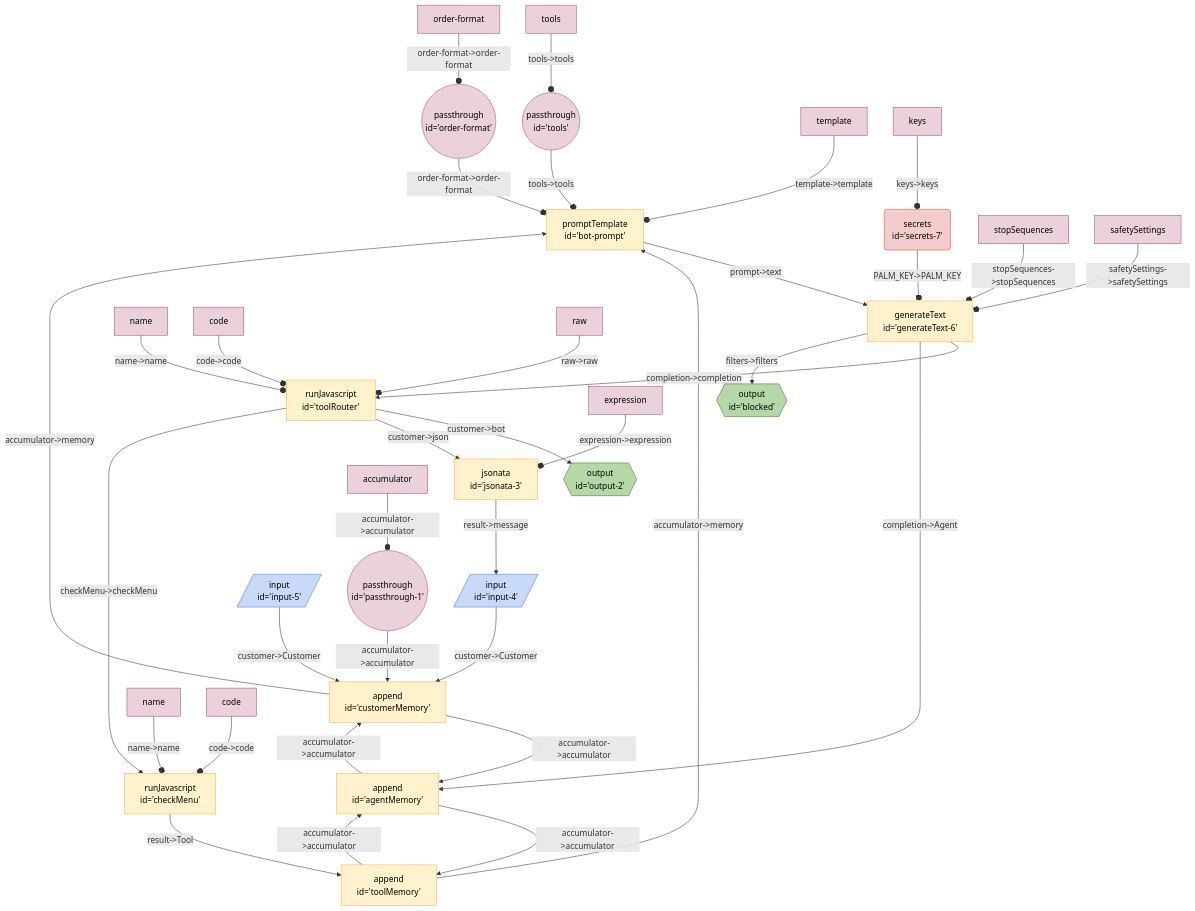
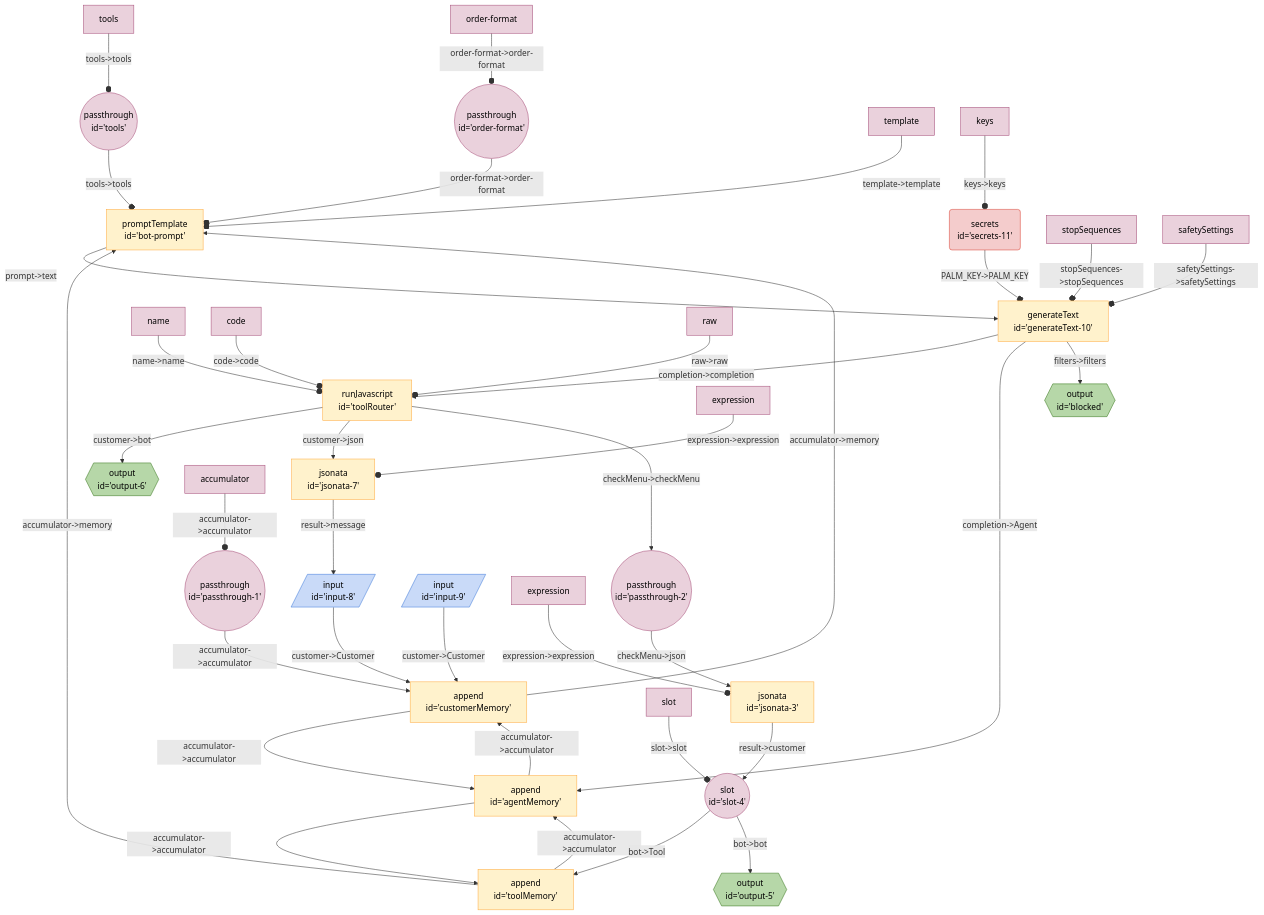
One commit to breadboard-ai/breadboard changed the diagram in seeds/coffee-bot-board/docs/order-agent.md. Above: the diagram before and after it, drawn with Mermaid. The commit also changed 8 other files, not shown here.

````diff
--- a/seeds/coffee-bot-board/docs/order-agent.md
+++ b/seeds/coffee-bot-board/docs/order-agent.md
@@ -3,46 +3,49 @@
 ```mermaid
 %%{init: 'themeVariables': { 'fontFamily': 'Fira Code, monospace' }}%%
 graph TD;
 tools(("passthrough <br> id='tools'")):::passthrough -- "tools->tools" --o botprompt["promptTemplate <br> id='bot-prompt'"]
 orderformat(("passthrough <br> id='order-format'")):::passthrough -- "order-format->order-format" --o botprompt["promptTemplate <br> id='bot-prompt'"]
 passthrough1(("passthrough <br> id='passthrough-1'")):::passthrough -- "accumulator->accumulator" --> customerMemory["append <br> id='customerMemory'"]
 customerMemory["append <br> id='customerMemory'"] -- "accumulator->accumulator" --> agentMemory["append <br> id='agentMemory'"]
 agentMemory["append <br> id='agentMemory'"] -- "accumulator->accumulator" --> toolMemory["append <br> id='toolMemory'"]
 agentMemory["append <br> id='agentMemory'"] -- "accumulator->accumulator" --> customerMemory["append <br> id='customerMemory'"]
 toolMemory["append <br> id='toolMemory'"] -- "accumulator->accumulator" --> agentMemory["append <br> id='agentMemory'"]
 customerMemory["append <br> id='customerMemory'"] -- "accumulator->memory" --> botprompt["promptTemplate <br> id='bot-prompt'"]
 toolMemory["append <br> id='toolMemory'"] -- "accumulator->memory" --> botprompt["promptTemplate <br> id='bot-prompt'"]
-checkMenu["runJavascript <br> id='checkMenu'"] -- "result->Tool" --> toolMemory["append <br> id='toolMemory'"]
-toolRouter["runJavascript <br> id='toolRouter'"] -- "customer->bot" --> output2{{"output <br> id='output-2'"}}:::output
-input4[/"input <br> id='input-4'"/]:::input -- "customer->Customer" --> customerMemory["append <br> id='customerMemory'"]
-jsonata3["jsonata <br> id='jsonata-3'"] -- "result->message" --> input4[/"input <br> id='input-4'"/]:::input
-toolRouter["runJavascript <br> id='toolRouter'"] -- "customer->json" --> jsonata3["jsonata <br> id='jsonata-3'"]
-toolRouter["runJavascript <br> id='toolRouter'"] -- "checkMenu->checkMenu" --> checkMenu["runJavascript <br> id='checkMenu'"]
-input5[/"input <br> id='input-5'"/]:::input -- "customer->Customer" --> customerMemory["append <br> id='customerMemory'"]
-generateText6["generateText <br> id='generateText-6'"] -- "completion->completion" --> toolRouter["runJavascript <br> id='toolRouter'"]
-generateText6["generateText <br> id='generateText-6'"] -- "completion->Agent" --> agentMemory["append <br> id='agentMemory'"]
-generateText6["generateText <br> id='generateText-6'"] -- "filters->filters" --> blocked{{"output <br> id='blocked'"}}:::output
-secrets7("secrets <br> id='secrets-7'"):::secrets -- "PALM_KEY->PALM_KEY" --o generateText6["generateText <br> id='generateText-6'"]
-botprompt["promptTemplate <br> id='bot-prompt'"] -- "prompt->text" --> generateText6["generateText <br> id='generateText-6'"]
+slot4(("slot <br> id='slot-4'")):::slot -- "bot->Tool" --> toolMemory["append <br> id='toolMemory'"]
+slot4(("slot <br> id='slot-4'")):::slot -- "bot->bot" --> output5{{"output <br> id='output-5'"}}:::output
+jsonata3["jsonata <br> id='jsonata-3'"] -- "result->customer" --> slot4(("slot <br> id='slot-4'")):::slot
+passthrough2(("passthrough <br> id='passthrough-2'")):::passthrough -- "checkMenu->json" --> jsonata3["jsonata <br> id='jsonata-3'"]
+toolRouter["runJavascript <br> id='toolRouter'"] -- "customer->bot" --> output6{{"output <br> id='output-6'"}}:::output
+input8[/"input <br> id='input-8'"/]:::input -- "customer->Customer" --> customerMemory["append <br> id='customerMemory'"]
+jsonata7["jsonata <br> id='jsonata-7'"] -- "result->message" --> input8[/"input <br> id='input-8'"/]:::input
+toolRouter["runJavascript <br> id='toolRouter'"] -- "customer->json" --> jsonata7["jsonata <br> id='jsonata-7'"]
+toolRouter["runJavascript <br> id='toolRouter'"] -- "checkMenu->checkMenu" --> passthrough2(("passthrough <br> id='passthrough-2'")):::passthrough
+input9[/"input <br> id='input-9'"/]:::input -- "customer->Customer" --> customerMemory["append <br> id='customerMemory'"]
+generateText10["generateText <br> id='generateText-10'"] -- "completion->completion" --> toolRouter["runJavascript <br> id='toolRouter'"]
+generateText10["generateText <br> id='generateText-10'"] -- "completion->Agent" --> agentMemory["append <br> id='agentMemory'"]
+generateText10["generateText <br> id='generateText-10'"] -- "filters->filters" --> blocked{{"output <br> id='blocked'"}}:::output
+secrets11("secrets <br> id='secrets-11'"):::secrets -- "PALM_KEY->PALM_KEY" --o generateText10["generateText <br> id='generateText-10'"]
+botprompt["promptTemplate <br> id='bot-prompt'"] -- "prompt->text" --> generateText10["generateText <br> id='generateText-10'"]
 templatebotprompt[template]:::config -- "template->template" --o botprompt
 toolstools[tools]:::config -- "tools->tools" --o tools
 orderformatorderformat[order-format]:::config -- "order-format->order-format" --o orderformat
 accumulatorpassthrough1[accumulator]:::config -- "accumulator->accumulator" --o passthrough1
-namecheckMenu[name]:::config -- "name->name" --o checkMenu
-codecheckMenu[code]:::config -- "code->code" --o checkMenu
+expressionjsonata3[expression]:::config -- "expression->expression" --o jsonata3
+slotslot4[slot]:::config -- "slot->slot" --o slot4
 nametoolRouter[name]:::config -- "name->name" --o toolRouter
 codetoolRouter[code]:::config -- "code->code" --o toolRouter
 rawtoolRouter[raw]:::config -- "raw->raw" --o toolRouter
-expressionjsonata3[expression]:::config -- "expression->expression" --o jsonata3
-stopSequencesgenerateText6[stopSequences]:::config -- "stopSequences->stopSequences" --o generateText6
-safetySettingsgenerateText6[safetySettings]:::config -- "safetySettings->safetySettings" --o generateText6
-keyssecrets7[keys]:::config -- "keys->keys" --o secrets7
+expressionjsonata7[expression]:::config -- "expression->expression" --o jsonata7
+stopSequencesgenerateText10[stopSequences]:::config -- "stopSequences->stopSequences" --o generateText10
+safetySettingsgenerateText10[safetySettings]:::config -- "safetySettings->safetySettings" --o generateText10
+keyssecrets11[keys]:::config -- "keys->keys" --o secrets11
 classDef default stroke:#ffab40,fill:#fff2ccff,color:#000
 classDef input stroke:#3c78d8,fill:#c9daf8ff,color:#000
 classDef output stroke:#38761d,fill:#b6d7a8ff,color:#000
 classDef passthrough stroke:#a64d79,fill:#ead1dcff,color:#000
 classDef slot stroke:#a64d79,fill:#ead1dcff,color:#000
 classDef config stroke:#a64d79,fill:#ead1dcff,color:#000
 classDef secrets stroke:#db4437,fill:#f4cccc,color:#000
 classDef slotted stroke:#a64d79
 ```
````
